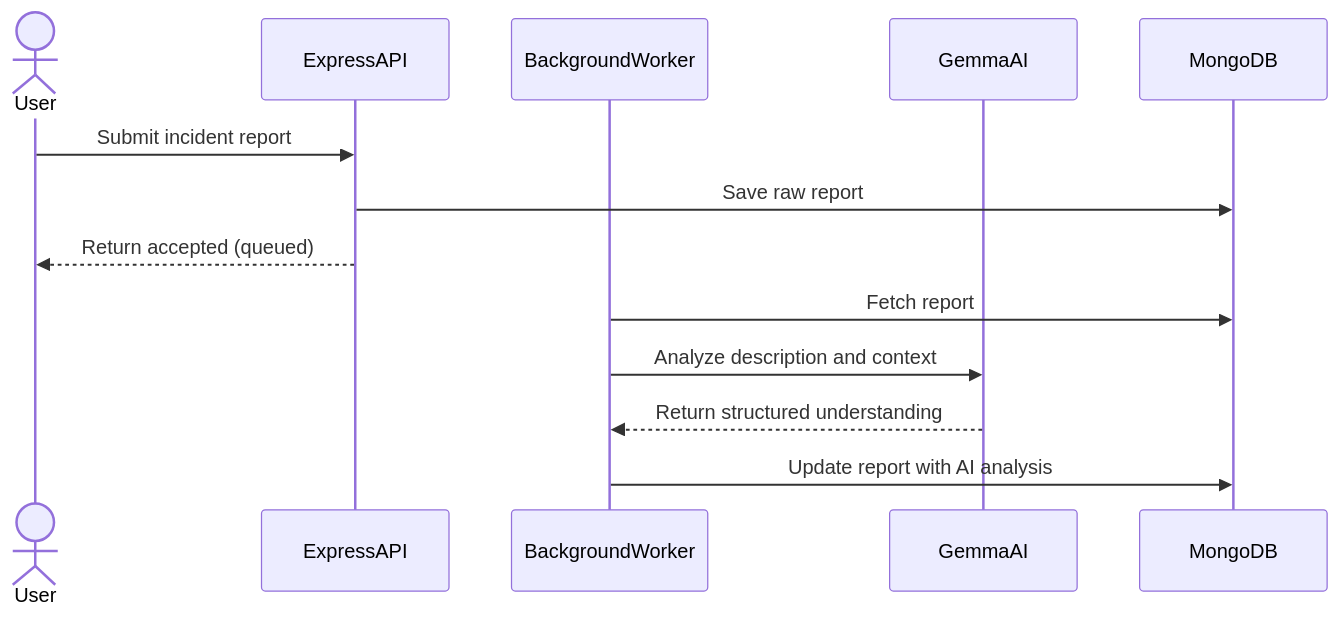
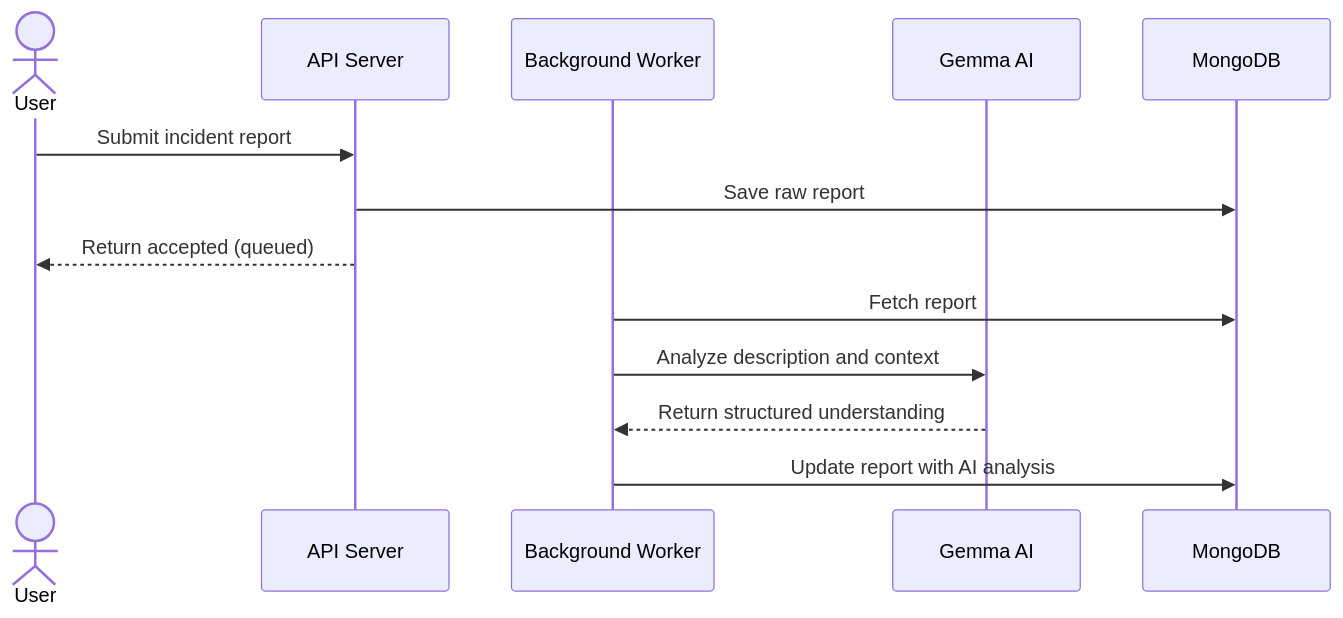
The second of 3 diagrams in README.md (Searcher06/AI-Powered-Incident-Intelligent-System), drawn with Mermaid before and after one commit. The commit also changed other lines of this file and 5 other files, not shown here.

````diff
--- a/README.md
+++ b/README.md
@@ -39,16 +39,16 @@
 ```mermaid
 sequenceDiagram
     actor User
-    participant ExpressAPI
-    participant BackgroundWorker
-    participant GemmaAI
-    participant MongoDB
+    participant API as API Server
+    participant Worker as Background Worker
+    participant Gemma as Gemma AI
+    participant DB as MongoDB
 
-    User->>ExpressAPI: Submit incident report
-    ExpressAPI->>MongoDB: Save raw report
-    ExpressAPI-->>User: Return accepted (queued)
-    BackgroundWorker->>MongoDB: Fetch report
-    BackgroundWorker->>GemmaAI: Analyze description and context
-    GemmaAI-->>BackgroundWorker: Return structured understanding
-    BackgroundWorker->>MongoDB: Update report with AI analysis
+    User->>API: Submit incident report
+    API->>DB: Save raw report
+    API-->>User: Return accepted (queued)
+    Worker->>DB: Fetch report
+    Worker->>Gemma: Analyze description and context
+    Gemma-->>Worker: Return structured understanding
+    Worker->>DB: Update report with AI analysis
 ```
````
